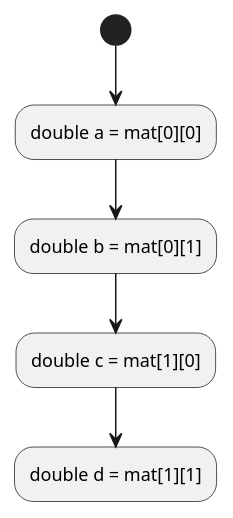
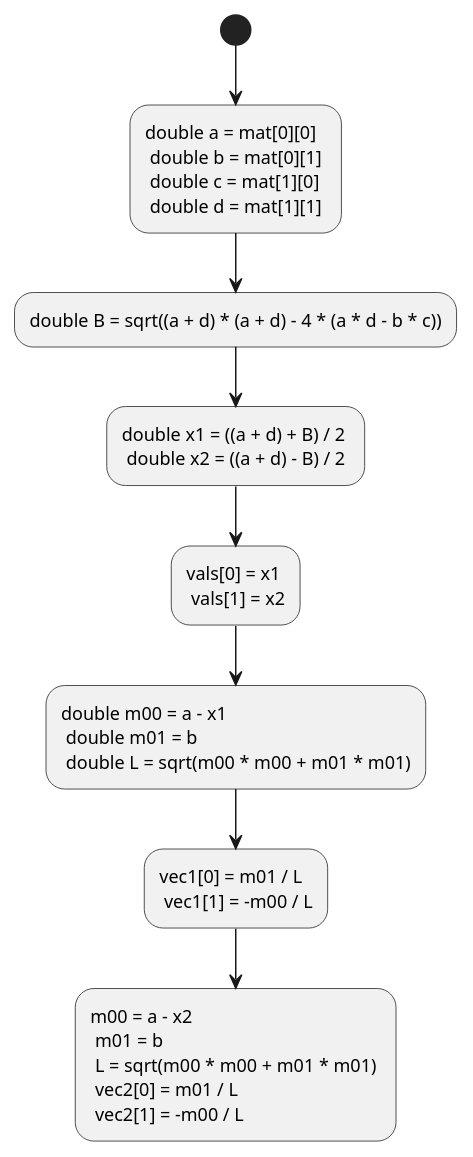
One commit to ShisatoYano/SLAMDesignUML changed the diagram in PlantUML/MyUtil/MyUtil_Activity_void_calEigen2D.puml. Above: the diagram before and after it, drawn with PlantUML.

Commit message:
add activity diagrams of calcEigen2D.

```diff
--- a/PlantUML/MyUtil/MyUtil_Activity_void_calEigen2D.puml
+++ b/PlantUML/MyUtil/MyUtil_Activity_void_calEigen2D.puml
@@ -1,16 +1,19 @@
 @startuml
 
 /'
     Eigenvalue decomposition for 2D square matrix
     input1: double (*mat)[2]
     input2: double *vals
     input3: double *vec1
     input4: double *vec2
 '/
 
-(*) --> "double a = mat[0][0]"
---> "double b = mat[0][1]"
---> "double c = mat[1][0]"
---> "double d = mat[1][1]"
+(*) --> "double a = mat[0][0] \n double b = mat[0][1] \n double c = mat[1][0] \n double d = mat[1][1]"
+--> "double B = sqrt((a + d) * (a + d) - 4 * (a * d - b * c))"
+--> "double x1 = ((a + d) + B) / 2 \n double x2 = ((a + d) - B) / 2"
+--> "vals[0] = x1 \n vals[1] = x2"
+--> double m00 = a - x1 \n double m01 = b \n double L = sqrt(m00 * m00 + m01 * m01)
+--> "vec1[0] = m01 / L \n vec1[1] = -m00 / L"
+--> "m00 = a - x2 \n m01 = b \n L = sqrt(m00 * m00 + m01 * m01) \n vec2[0] = m01 / L \n vec2[1] = -m00 / L"
 
 @enduml
```
